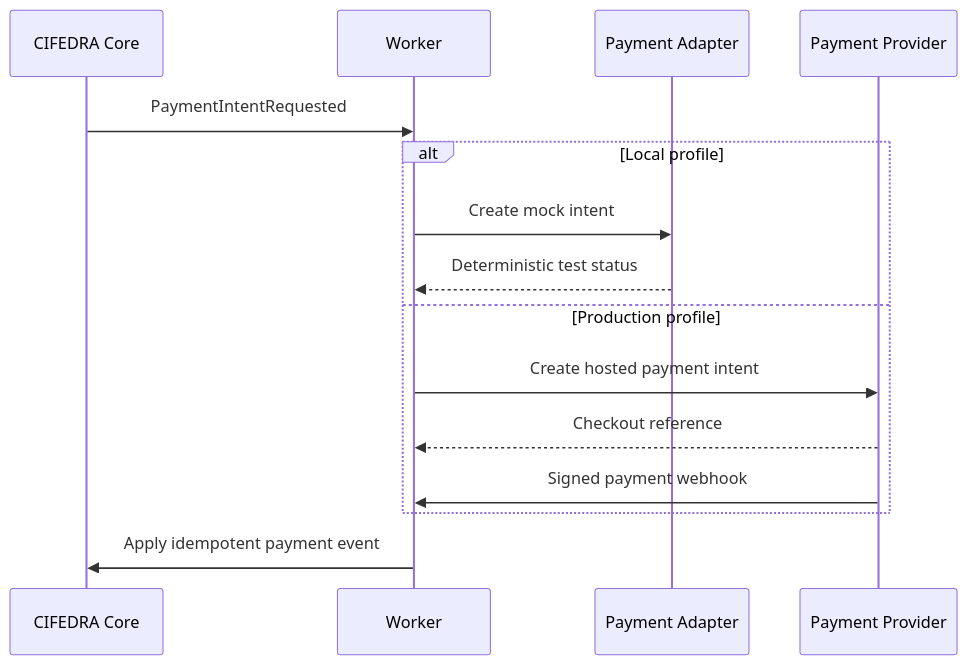
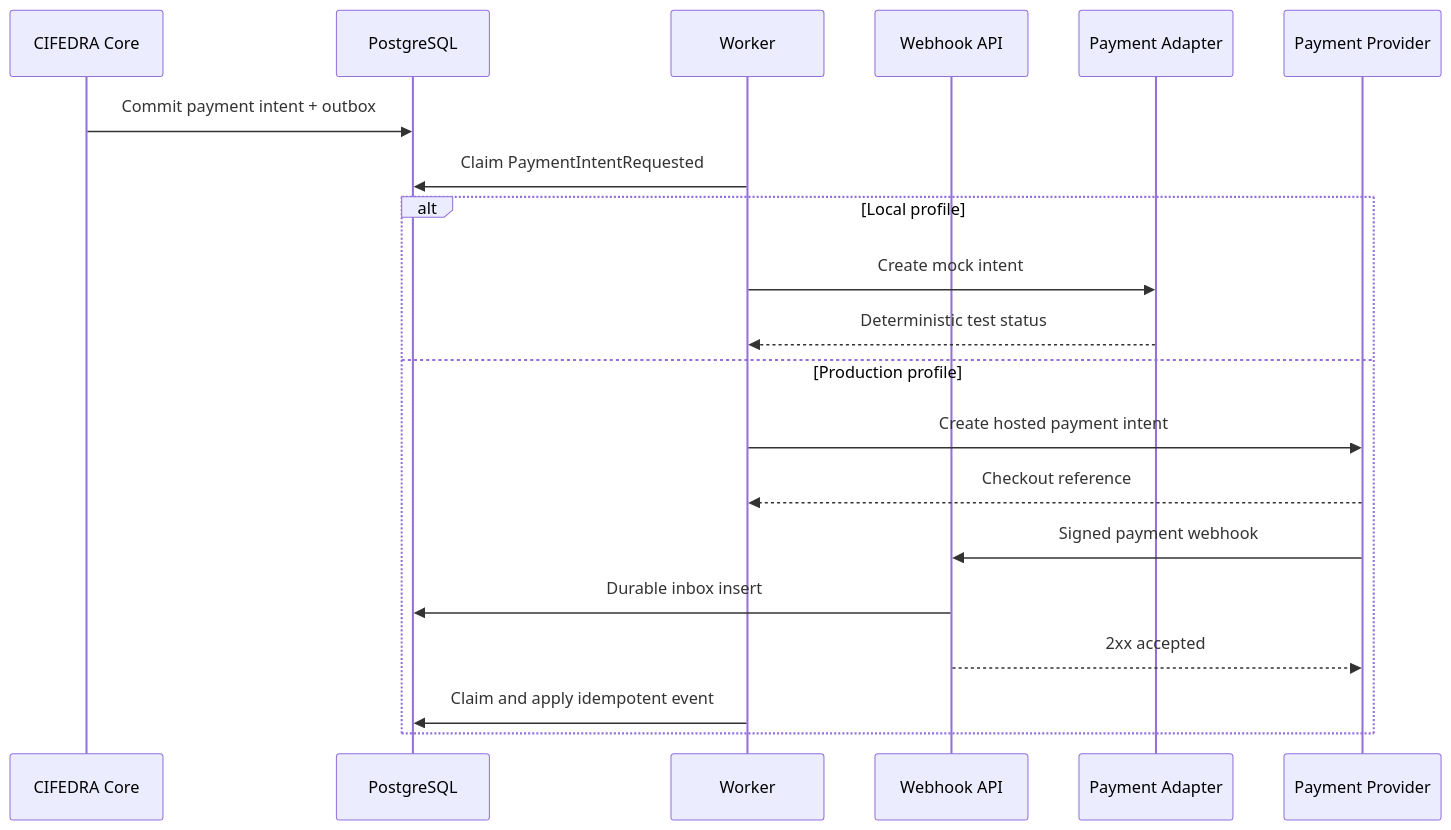
The seventh of 10 diagrams in knowledge/system/cifedra-hld.md (DIGITALATOM1/CIFEDRA), drawn with Mermaid before and after one commit. The commit also changed other lines of this file and 10 other files, not shown here.

Commit message:
Approve data and service architecture

````diff
--- a/knowledge/system/cifedra-hld.md
+++ b/knowledge/system/cifedra-hld.md
@@ -541,18 +553,23 @@
 ```mermaid
 sequenceDiagram
   participant Core as CIFEDRA Core
+  participant DB as PostgreSQL
   participant Worker as Worker
+  participant API as Webhook API
   participant Adapter as Payment Adapter
   participant PSP as Payment Provider
 
-  Core->>Worker: PaymentIntentRequested
+  Core->>DB: Commit payment intent + outbox
+  Worker->>DB: Claim PaymentIntentRequested
   alt Local profile
     Worker->>Adapter: Create mock intent
     Adapter-->>Worker: Deterministic test status
   else Production profile
     Worker->>PSP: Create hosted payment intent
     PSP-->>Worker: Checkout reference
-    PSP->>Worker: Signed payment webhook
+    PSP->>API: Signed payment webhook
+    API->>DB: Durable inbox insert
+    API-->>PSP: 2xx accepted
+    Worker->>DB: Claim and apply idempotent event
   end
-  Worker->>Core: Apply idempotent payment event
 ```
````
